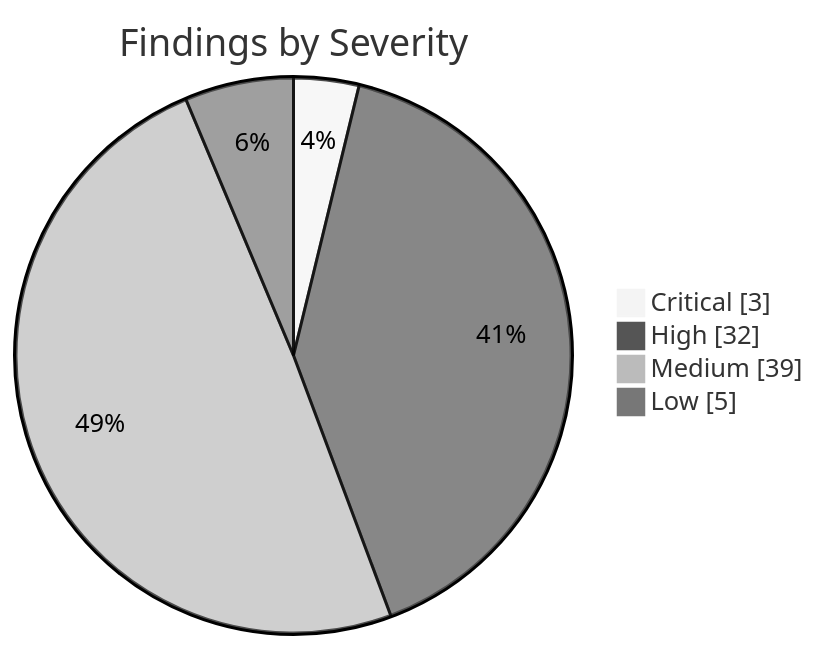
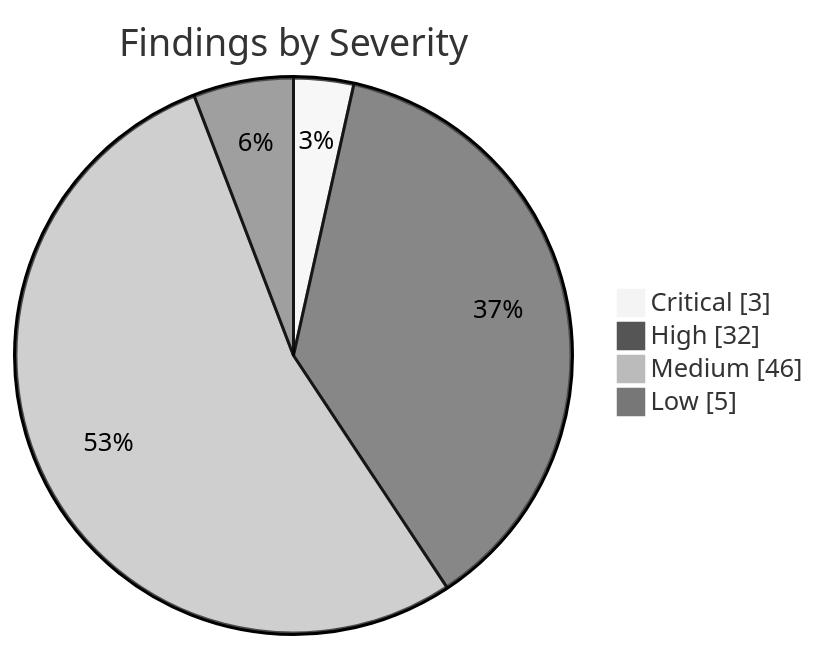
Before and after one commit to KBVE/kbve: the first of 2 diagrams in apps/kbve/astro-kbve/src/content/docs/dashboard/security.mdx, drawn with Mermaid (neutral theme). The commit also changed other lines of this file and 8 other files, not shown here.

````diff
--- a/apps/kbve/astro-kbve/src/content/docs/dashboard/security.mdx
+++ b/apps/kbve/astro-kbve/src/content/docs/dashboard/security.mdx
@@ -62,8 +62,8 @@
 ```mermaid
 pie showData
     title Findings by Severity
     "Critical" : 3
     "High" : 32
-    "Medium" : 39
+    "Medium" : 46
     "Low" : 5
 ```
````
